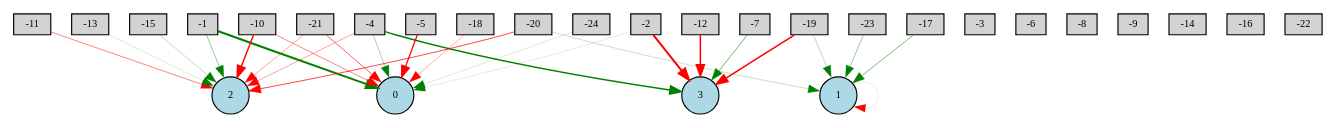
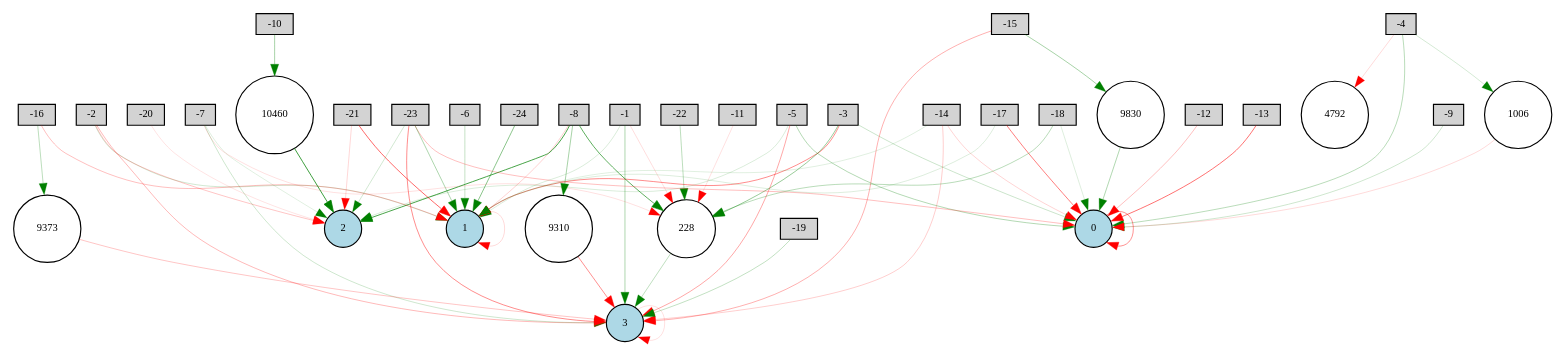
Before and after one commit to yoshinobc/EA: the diagram in experiment/Bipedalwalker/neat/210net-enabled.gv, drawn with Graphviz. The commit also changed 277 other files, not shown here.

```diff
--- a/experiment/Bipedalwalker/neat/210net-enabled.gv
+++ b/experiment/Bipedalwalker/neat/210net-enabled.gv
@@ -1,57 +1,96 @@
 digraph {
 	node [fontsize=9 height=0.2 shape=circle width=0.2]
 	-1 [fillcolor=lightgray shape=box style=filled]
 	-2 [fillcolor=lightgray shape=box style=filled]
 	-3 [fillcolor=lightgray shape=box style=filled]
 	-4 [fillcolor=lightgray shape=box style=filled]
 	-5 [fillcolor=lightgray shape=box style=filled]
 	-6 [fillcolor=lightgray shape=box style=filled]
 	-7 [fillcolor=lightgray shape=box style=filled]
 	-8 [fillcolor=lightgray shape=box style=filled]
 	-9 [fillcolor=lightgray shape=box style=filled]
 	-10 [fillcolor=lightgray shape=box style=filled]
 	-11 [fillcolor=lightgray shape=box style=filled]
 	-12 [fillcolor=lightgray shape=box style=filled]
 	-13 [fillcolor=lightgray shape=box style=filled]
 	-14 [fillcolor=lightgray shape=box style=filled]
 	-15 [fillcolor=lightgray shape=box style=filled]
 	-16 [fillcolor=lightgray shape=box style=filled]
 	-17 [fillcolor=lightgray shape=box style=filled]
 	-18 [fillcolor=lightgray shape=box style=filled]
 	-19 [fillcolor=lightgray shape=box style=filled]
 	-20 [fillcolor=lightgray shape=box style=filled]
 	-21 [fillcolor=lightgray shape=box style=filled]
 	-22 [fillcolor=lightgray shape=box style=filled]
 	-23 [fillcolor=lightgray shape=box style=filled]
 	-24 [fillcolor=lightgray shape=box style=filled]
 	0 [fillcolor=lightblue style=filled]
 	1 [fillcolor=lightblue style=filled]
 	2 [fillcolor=lightblue style=filled]
 	3 [fillcolor=lightblue style=filled]
-	-20 -> 2 [color=red penwidth=0.6336655723580227 style=solid]
-	-10 -> 2 [color=red penwidth=1.2302116293938437 style=solid]
-	-2 -> 0 [color=green penwidth=0.11333009101984862 style=solid]
-	-19 -> 3 [color=red penwidth=1.3189900428224117 style=solid]
-	-15 -> 2 [color=green penwidth=0.23124666534934646 style=solid]
-	-4 -> 2 [color=red penwidth=0.33448834462508814 style=solid]
-	-17 -> 1 [color=green penwidth=0.4645324660523056 style=solid]
-	-1 -> 0 [color=green penwidth=1.731821162835689 style=solid]
-	-4 -> 3 [color=green penwidth=1.298390737698681 style=solid]
-	-21 -> 0 [color=red penwidth=0.542840414091541 style=solid]
-	-13 -> 2 [color=green penwidth=0.12855071967411372 style=solid]
-	-7 -> 3 [color=green penwidth=0.5022716870568495 style=solid]
-	1 -> 1 [color=red penwidth=0.10388941470161708 style=solid]
-	-18 -> 0 [color=red penwidth=0.2861006618148141 style=solid]
-	-5 -> 0 [color=red penwidth=1.092529658196956 style=solid]
-	-19 -> 1 [color=green penwidth=0.24218039840043978 style=solid]
-	-1 -> 2 [color=green penwidth=0.3733217111610698 style=solid]
-	-4 -> 0 [color=green penwidth=0.29790455781059955 style=solid]
-	-20 -> 1 [color=green penwidth=0.19599178314718863 style=solid]
-	-23 -> 1 [color=green penwidth=0.3559895964437031 style=solid]
-	-12 -> 3 [color=red penwidth=1.2886376030131281 style=solid]
-	-2 -> 3 [color=red penwidth=1.6983799550650727 style=solid]
-	-21 -> 2 [color=red penwidth=0.31889838598003384 style=solid]
-	-24 -> 0 [color=green penwidth=0.12598448865405878 style=solid]
-	-11 -> 2 [color=red penwidth=0.424944358983664 style=solid]
-	-10 -> 0 [color=red penwidth=0.42051788770418475 style=solid]
+	228 [fillcolor=white style=filled]
+	9830 [fillcolor=white style=filled]
+	1006 [fillcolor=white style=filled]
+	4792 [fillcolor=white style=filled]
+	10460 [fillcolor=white style=filled]
+	9373 [fillcolor=white style=filled]
+	9310 [fillcolor=white style=filled]
+	-20 -> 2 [color=red penwidth=0.10304909290492882 style=solid]
+	-23 -> 0 [color=red penwidth=0.22309356606591063 style=solid]
+	-19 -> 3 [color=green penwidth=0.2084680287964225 style=solid]
+	-24 -> 1 [color=green penwidth=0.4031086966544659 style=solid]
+	-12 -> 0 [color=red penwidth=0.2159662094750532 style=solid]
+	-21 -> 1 [color=red penwidth=0.5059834286140459 style=solid]
+	-10 -> 10460 [color=green penwidth=0.30000000000000004 style=solid]
+	-8 -> 1 [color=red penwidth=0.16096483517630455 style=solid]
+	-8 -> 9310 [color=green penwidth=0.30000000000000004 style=solid]
+	-1 -> 1 [color=green penwidth=0.1280190071904174 style=solid]
+	3 -> 3 [color=red penwidth=0.11329629014526169 style=solid]
+	-17 -> 0 [color=red penwidth=0.4443897215279229 style=solid]
+	-23 -> 3 [color=red penwidth=0.3896651981412257 style=solid]
+	9830 -> 0 [color=green penwidth=0.2721900480127993 style=solid]
+	-23 -> 2 [color=green penwidth=0.15939670893852081 style=solid]
+	-15 -> 3 [color=red penwidth=0.2736039874100452 style=solid]
+	-8 -> 2 [color=green penwidth=0.6161092083581813 style=solid]
+	9373 -> 3 [color=red penwidth=0.19663887184393752 style=solid]
+	-7 -> 3 [color=green penwidth=0.16766585139502793 style=solid]
+	1 -> 1 [color=red penwidth=0.13316568834062295 style=solid]
+	1006 -> 0 [color=red penwidth=0.12700564536533154 style=solid]
+	-5 -> 0 [color=green penwidth=0.26036140678620223 style=solid]
+	0 -> 0 [color=red penwidth=0.36566857707049105 style=solid]
+	-14 -> 3 [color=red penwidth=0.16834578342125472 style=solid]
+	-22 -> 228 [color=green penwidth=0.22980781574516815 style=solid]
+	9310 -> 3 [color=red penwidth=0.3819459944168663 style=solid]
+	-18 -> 228 [color=green penwidth=0.24394085470619814 style=solid]
+	-2 -> 2 [color=red penwidth=0.19716025003703436 style=solid]
+	-2 -> 1 [color=green penwidth=0.1602386281739876 style=solid]
+	-8 -> 228 [color=green penwidth=0.5399664585106867 style=solid]
+	-16 -> 1 [color=red penwidth=0.22191229728806572 style=solid]
+	-3 -> 1 [color=red penwidth=0.3889377374148054 style=solid]
+	-11 -> 228 [color=red penwidth=0.11391800799909857 style=solid]
+	-9 -> 0 [color=green penwidth=0.1713076397810931 style=solid]
+	228 -> 3 [color=green penwidth=0.21866455722612535 style=solid]
+	-4 -> 0 [color=green penwidth=0.24443439109624437 style=solid]
+	-7 -> 2 [color=green penwidth=0.1119306390091128 style=solid]
+	-1 -> 228 [color=red penwidth=0.11686155372423823 style=solid]
+	-3 -> 228 [color=green penwidth=0.34702728906091973 style=solid]
+	10460 -> 2 [color=green penwidth=0.6497349468632901 style=solid]
+	-5 -> 3 [color=red penwidth=0.300044361028846 style=solid]
+	-4 -> 4792 [color=red penwidth=0.13401489137553674 style=solid]
+	-14 -> 0 [color=red penwidth=0.145359741332825 style=solid]
+	-6 -> 1 [color=green penwidth=0.20307683534085835 style=solid]
+	-15 -> 9830 [color=green penwidth=0.30000000000000004 style=solid]
+	-23 -> 1 [color=green penwidth=0.27799539887076746 style=solid]
+	-7 -> 228 [color=red penwidth=0.10715996622691952 style=solid]
+	-2 -> 3 [color=red penwidth=0.24319970955606274 style=solid]
+	-21 -> 2 [color=red penwidth=0.14006435791605837 style=solid]
+	-3 -> 0 [color=green penwidth=0.1778293917290772 style=solid]
+	-17 -> 1 [color=green penwidth=0.11823452001627727 style=solid]
+	-1 -> 3 [color=green penwidth=0.2824671332020907 style=solid]
+	-16 -> 9373 [color=green penwidth=0.22896284204952455 style=solid]
+	-18 -> 0 [color=green penwidth=0.12461788079075492 style=solid]
+	-13 -> 0 [color=red penwidth=0.48356576185805755 style=solid]
+	-5 -> 2 [color=green penwidth=0.12578117076221154 style=solid]
+	-14 -> 1 [color=green penwidth=0.11352097949120102 style=solid]
+	-4 -> 1006 [color=green penwidth=0.1521093519007319 style=solid]
 }
```
